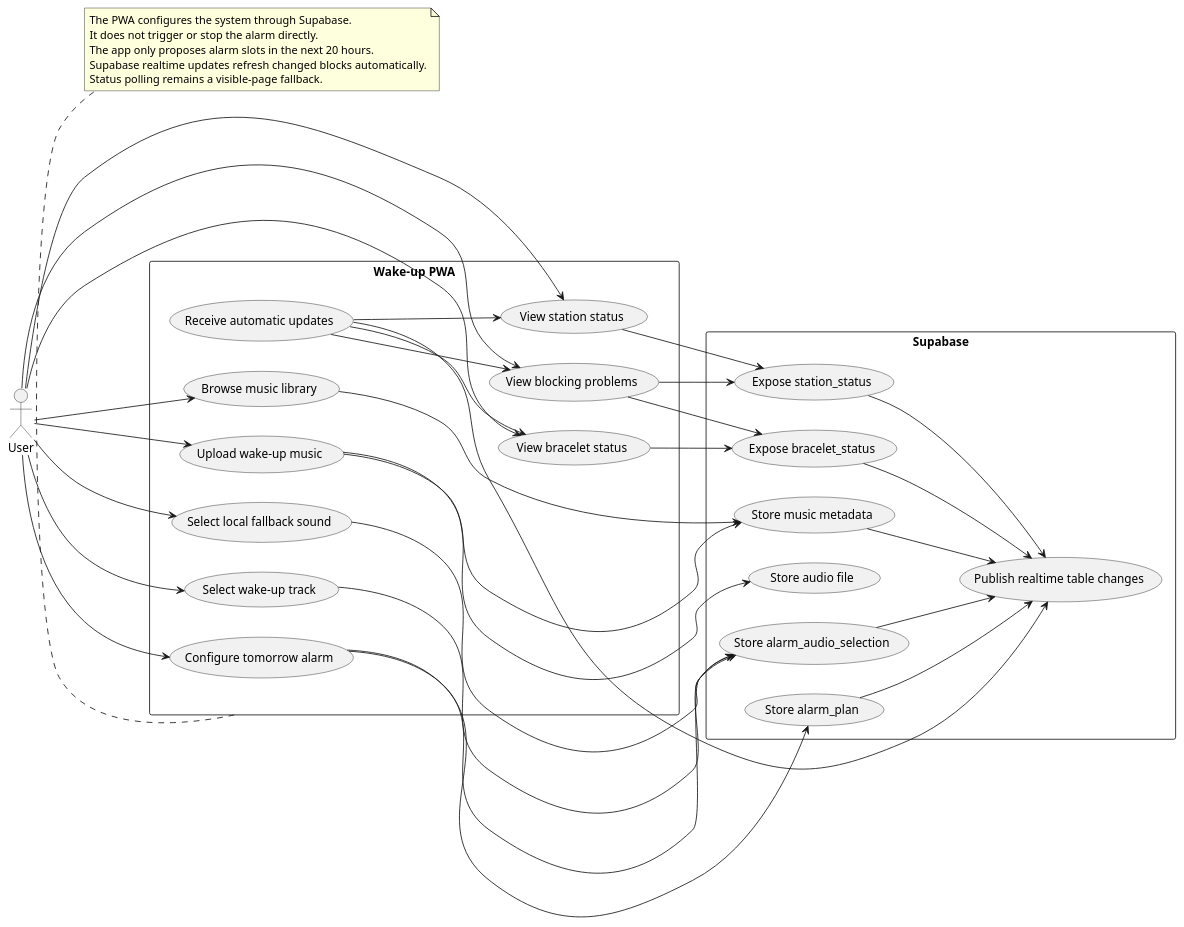
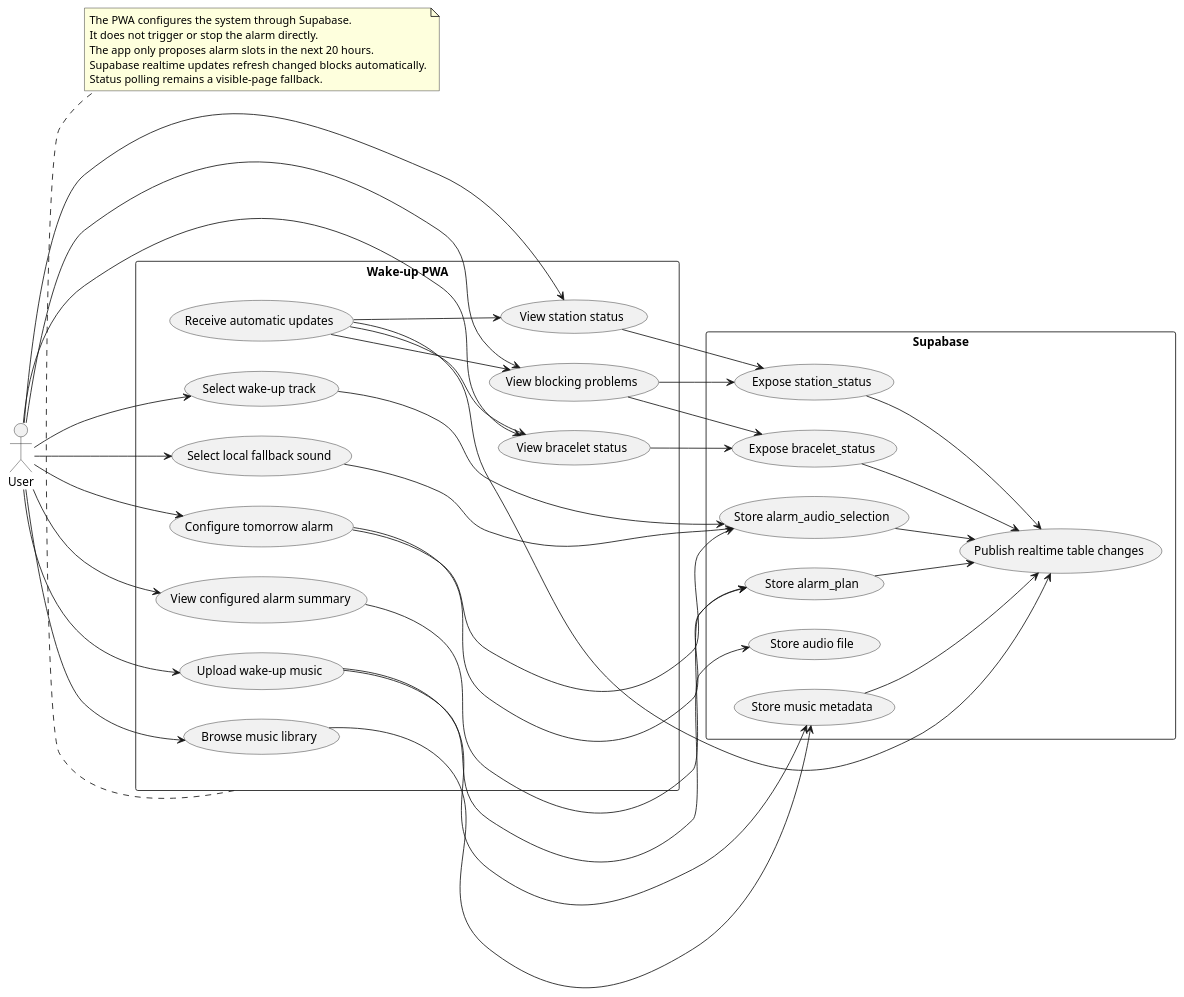
The diagram in code/app mobile/UML/use_cases.puml (Jzn-wbr/Starter), drawn with PlantUML before and after one commit. The commit also changed 2 other files, not shown here.

Commit message:
Refine mobile alarm UX with clearer time and status

```diff
--- a/code/app mobile/UML/use_cases.puml
+++ b/code/app mobile/UML/use_cases.puml
@@ -1,68 +1,71 @@
 @startuml
 left to right direction
 skinparam packageStyle rectangle
 skinparam shadowing false
 
 actor "User" as User
 
 rectangle "Wake-up PWA" {
   usecase "Upload wake-up music" as UploadMusic
   usecase "Browse music library" as BrowseMusic
   usecase "Select wake-up track" as SelectTrack
   usecase "Select local fallback sound" as SelectFallback
   usecase "Configure tomorrow alarm" as ConfigureAlarm
+  usecase "View configured alarm summary" as ViewAlarmSummary
   usecase "View station status" as ViewStationStatus
   usecase "View bracelet status" as ViewBraceletStatus
   usecase "View blocking problems" as ViewProblems
   usecase "Receive automatic updates" as ReceiveUpdates
 }
 
 rectangle "Supabase" {
   usecase "Store audio file" as StoreAudio
   usecase "Store music metadata" as StoreMusicMetadata
   usecase "Store alarm_plan" as StoreAlarmPlan
   usecase "Store alarm_audio_selection" as StoreAlarmAudio
   usecase "Expose station_status" as ExposeStationStatus
   usecase "Expose bracelet_status" as ExposeBraceletStatus
   usecase "Publish realtime table changes" as PublishRealtime
 }
 
 User --> UploadMusic
 User --> BrowseMusic
 User --> SelectTrack
 User --> SelectFallback
 User --> ConfigureAlarm
+User --> ViewAlarmSummary
 User --> ViewStationStatus
 User --> ViewBraceletStatus
 User --> ViewProblems
 ReceiveUpdates --> ViewStationStatus
 ReceiveUpdates --> ViewBraceletStatus
 ReceiveUpdates --> ViewProblems
 
 UploadMusic --> StoreAudio
 UploadMusic --> StoreMusicMetadata
 BrowseMusic --> StoreMusicMetadata
 SelectTrack --> StoreAlarmAudio
 SelectFallback --> StoreAlarmAudio
 ConfigureAlarm --> StoreAlarmPlan
 ConfigureAlarm --> StoreAlarmAudio
+ViewAlarmSummary --> StoreAlarmPlan
 ViewStationStatus --> ExposeStationStatus
 ViewBraceletStatus --> ExposeBraceletStatus
 ViewProblems --> ExposeStationStatus
 ViewProblems --> ExposeBraceletStatus
 ExposeStationStatus --> PublishRealtime
 ExposeBraceletStatus --> PublishRealtime
 StoreAlarmPlan --> PublishRealtime
 StoreAlarmAudio --> PublishRealtime
 StoreMusicMetadata --> PublishRealtime
 ReceiveUpdates --> PublishRealtime
 
 note bottom of "Wake-up PWA"
   The PWA configures the system through Supabase.
   It does not trigger or stop the alarm directly.
   The app only proposes alarm slots in the next 20 hours.
   Supabase realtime updates refresh changed blocks automatically.
   Status polling remains a visible-page fallback.
 end note
 
 @enduml
```
